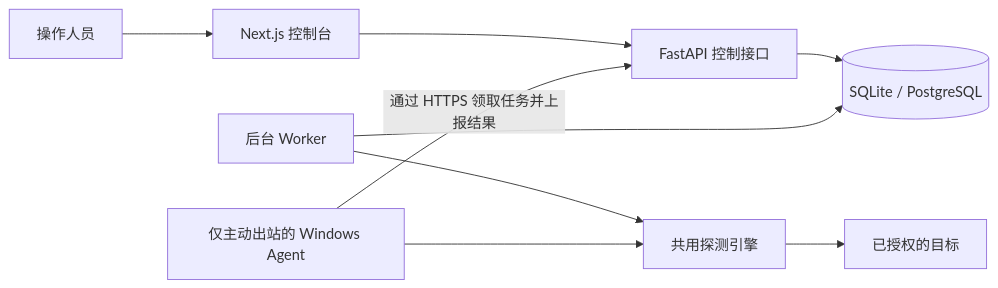
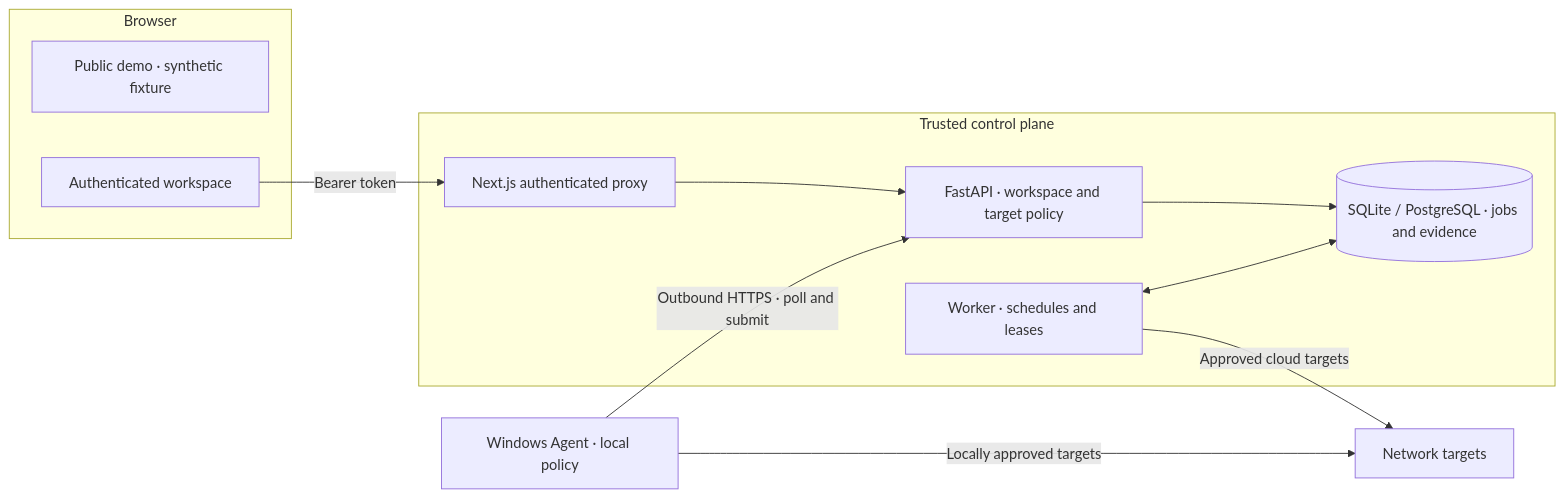
One commit to TYF009/NetGuardian changed the second of 2 diagrams in README.zh-CN.md. Above: the diagram before and after it, drawn with Mermaid. The commit also changed other lines of this file and 9 other files, not shown here.

````diff
--- a/README.zh-CN.md
+++ b/README.zh-CN.md
@@ -27,11 +61,16 @@
 ```mermaid
 flowchart LR
-    Operator["操作人员"] --> Web["Next.js 控制台"]
-    Web --> API["FastAPI 控制接口"]
-    API --> DB[("SQLite / PostgreSQL")]
-    Worker["后台 Worker"] --> DB
-    Worker --> Engine["共用探测引擎"]
-    Agent["仅主动出站的 Windows Agent"] -->|"通过 HTTPS 领取任务并上报结果"| API
-    Agent --> Engine
-    Engine --> Targets["已授权的目标"]
+    subgraph Browser
+      D["Public demo · synthetic fixture"]
+      U["Authenticated workspace"]
+    end
+    subgraph Control["Trusted control plane"]
+      W["Next.js authenticated proxy"] --> API["FastAPI · workspace and target policy"]
+      API --> DB[("SQLite / PostgreSQL · jobs and evidence")]
+      R["Worker · schedules and leases"] <--> DB
+    end
+    U -->|"Bearer token"| W
+    AG["Windows Agent · local policy"] -->|"Outbound HTTPS · poll and submit"| API
+    R -->|"Approved cloud targets"| T["Network targets"]
+    AG -->|"Locally approved targets"| T
 ```
````
